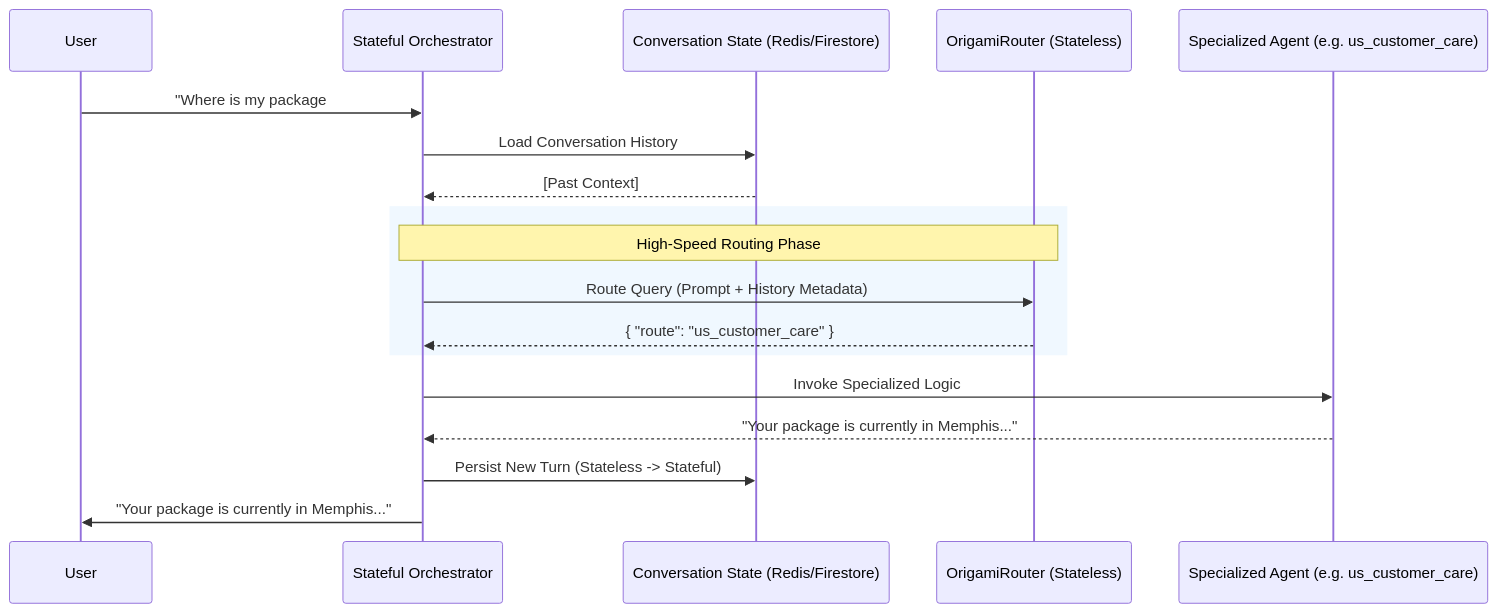
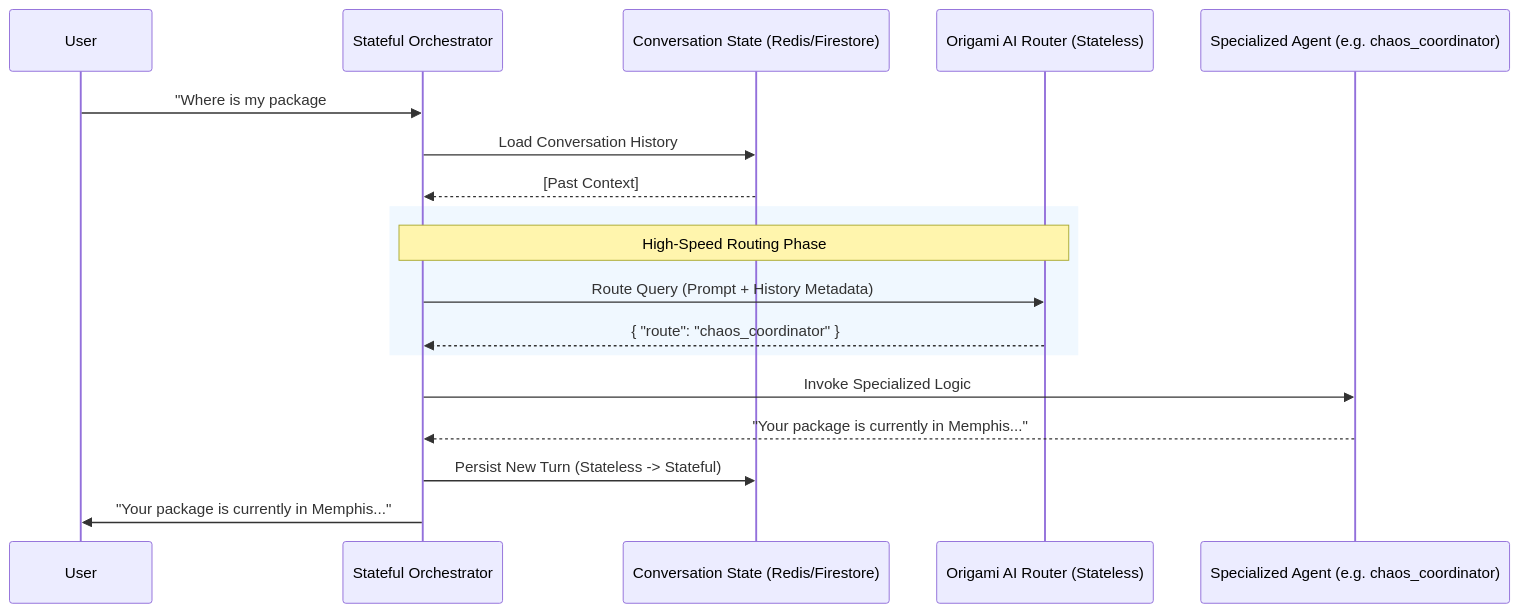
One commit to rrmcguinness/origami-ai-router changed the diagram in docs/router_performance_report.md. Above: the diagram before and after it, drawn with Mermaid. The commit also changed other lines of this file and 36 other files, not shown here.

First line of the commit message:
Added origami_ember and embedding router

````diff
--- a/docs/router_performance_report.md
+++ b/docs/router_performance_report.md
@@ -37,24 +38,24 @@
 ```mermaid
 sequenceDiagram
     participant U as User
     participant O as Stateful Orchestrator
     participant DB as Conversation State (Redis/Firestore)
-    participant ER as OrigamiRouter (Stateless)
-    participant SA as Specialized Agent (e.g. us_customer_care)
+    participant ER as Origami AI Router (Stateless)
+    participant SA as Specialized Agent (e.g. chaos_coordinator)
 
     U->>O: "Where is my package #88219?"
     O->>DB: Load Conversation History
     DB-->>O: [Past Context]
     
     rect rgb(240, 248, 255)
     Note over O,ER: High-Speed Routing Phase
     O->>ER: Route Query (Prompt + History Metadata)
-    ER-->>O: { "route": "us_customer_care" }
+    ER-->>O: { "route": "chaos_coordinator" }
     end
 
     O->>SA: Invoke Specialized Logic
     SA-->>O: "Your package is currently in Memphis..."
     
     O->>DB: Persist New Turn (Stateless -> Stateful)
     O->>U: "Your package is currently in Memphis..."
 ```
````
